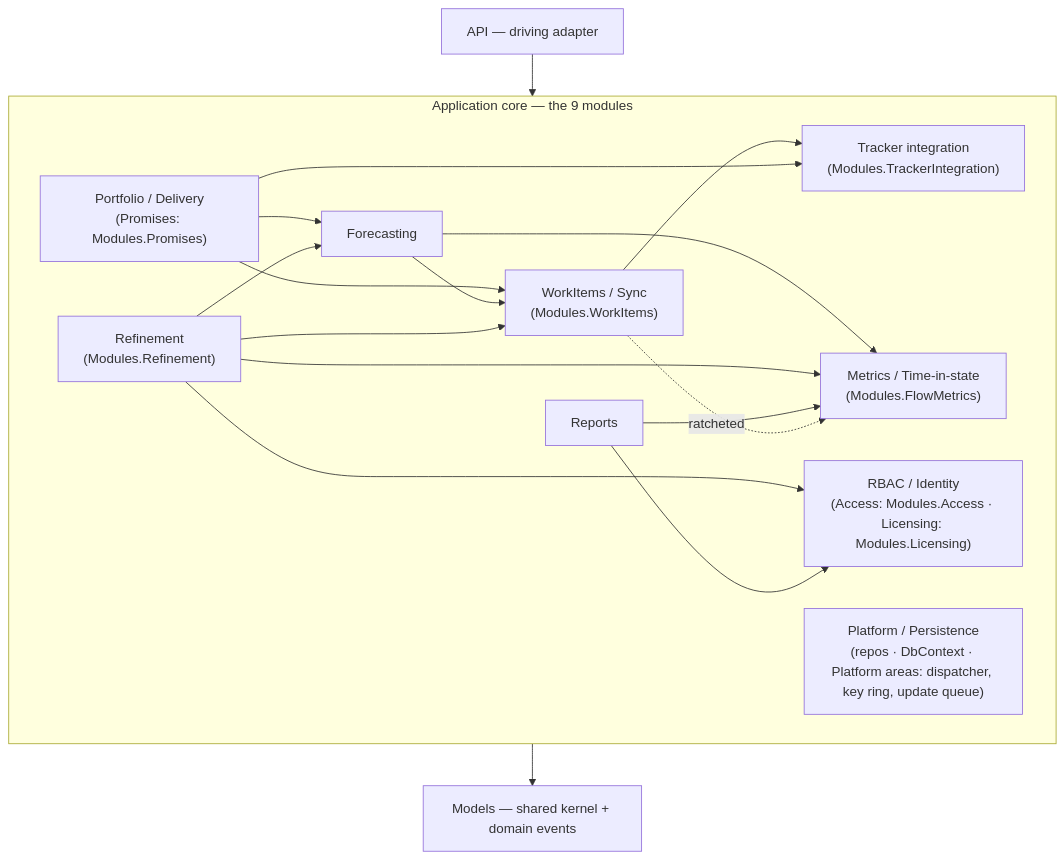
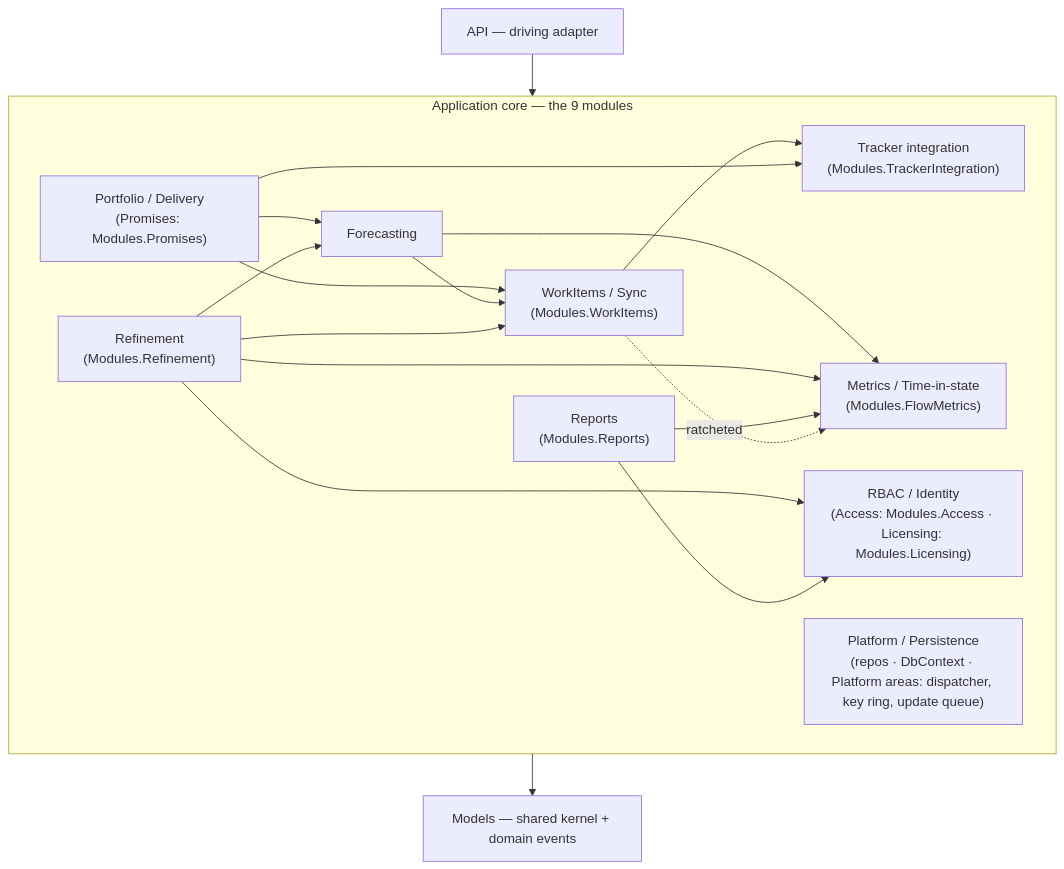
Before and after one commit to LetPeopleWork/Lighthouse: the second of 4 diagrams in ARCHITECTURE.md, drawn with Mermaid. The commit also changed other lines of this file and 6 other files, not shown here.

````diff
--- a/ARCHITECTURE.md
+++ b/ARCHITECTURE.md
@@ -113,31 +113,31 @@
 ```mermaid
 graph TD
   API["API — driving adapter"]
   subgraph CORE["Application core — the 9 modules"]
     WT["Tracker integration<br/>(Modules.TrackerIntegration)"]
     SYNC["WorkItems / Sync<br/>(Modules.WorkItems)"]
     FC["Forecasting"]
     PD["Portfolio / Delivery<br/>(Promises: Modules.Promises)"]
     MET["Metrics / Time-in-state<br/>(Modules.FlowMetrics)"]
     RBAC["RBAC / Identity<br/>(Access: Modules.Access · Licensing: Modules.Licensing)"]
     PLAT["Platform / Persistence<br/>(repos · DbContext · Platform areas: dispatcher, key ring, update queue)"]
     REF["Refinement<br/>(Modules.Refinement)"]
-    REP["Reports"]
+    REP["Reports<br/>(Modules.Reports)"]
   end
   KERNEL["Models — shared kernel + domain events"]
   API --> CORE
   CORE --> KERNEL
   SYNC --> WT
   PD --> SYNC
   PD --> FC
   PD --> WT
   FC --> SYNC
   FC --> MET
   REF --> SYNC
   REF --> FC
   REF --> MET
   REF --> RBAC
   REP --> MET
   REP --> RBAC
   SYNC -.->|"ratcheted"| MET
 ```
````
